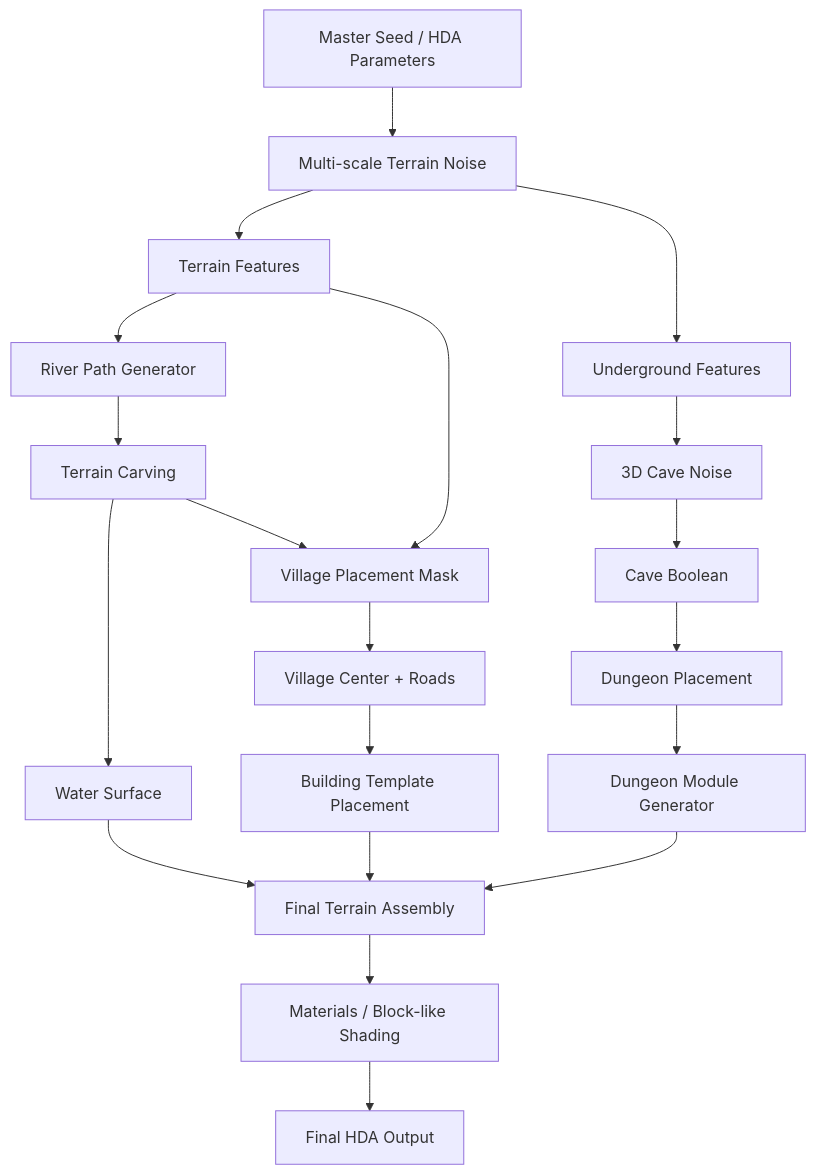
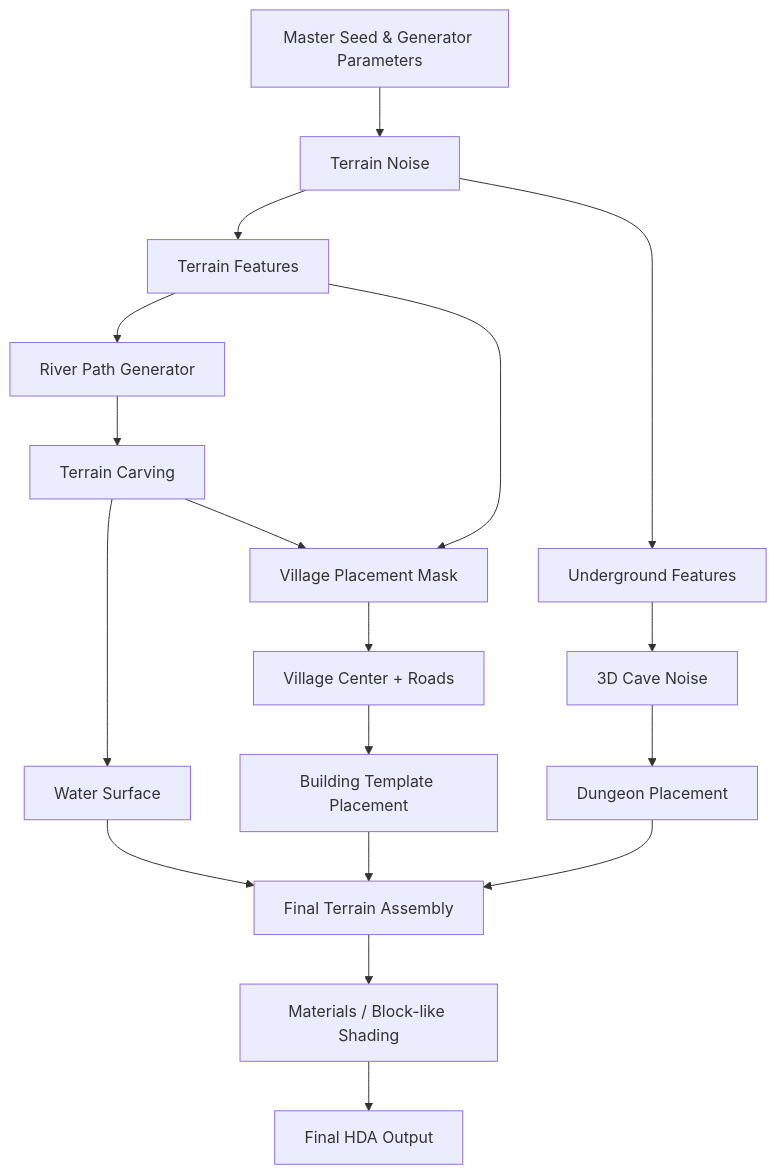
Before and after one commit to CIS-5660-Fall-2026/final-project: the diagram in README.md, drawn with Mermaid. The commit also changed other lines of this file and 26 other files, not shown here.

````diff
--- a/README.md
+++ b/README.md
@@ -336,59 +461,93 @@
 ```mermaid
+
+  
 
 flowchart TD
 
-A[Master Seed / HDA Parameters]
+  
+
+A[Master Seed & Generator Parameters]
 
   
 
-A --> C[Multi-scale Terrain Noise]
+  
+
+A --> C[Terrain Noise]
+
+  
 
 C --> D[Terrain Features]
 
   
 
+  
+
 D --> E[River Path Generator]
 
+  
+
 E --> F[Terrain Carving]
+
+  
 
 F --> G[Water Surface]
 
   
 
+  
+
 D --> H[Village Placement Mask]
+
+  
 
 F --> H
 
+  
+
 H --> I[Village Center + Roads]
+
+  
 
 I --> J[Building Template Placement]
 
   
 
+  
+
 C --> K[Underground Features]
+
+  
 
 K --> L[3D Cave Noise]
 
-L --> M[Cave Boolean]
+  
+
+L --> N[Dungeon Placement]
 
   
-
-M --> N[Dungeon Placement]
-
-N --> O[Dungeon Module Generator]
 
   
 
 G --> S[Final Terrain Assembly]
 
+  
+
 J --> S
 
-O --> S
+  
+
+N --> S
+
+  
 
   
 
 S --> T[Materials / Block-like Shading]
 
+  
+
 T --> U[Final HDA Output]
 
+  
+
 ```
````
